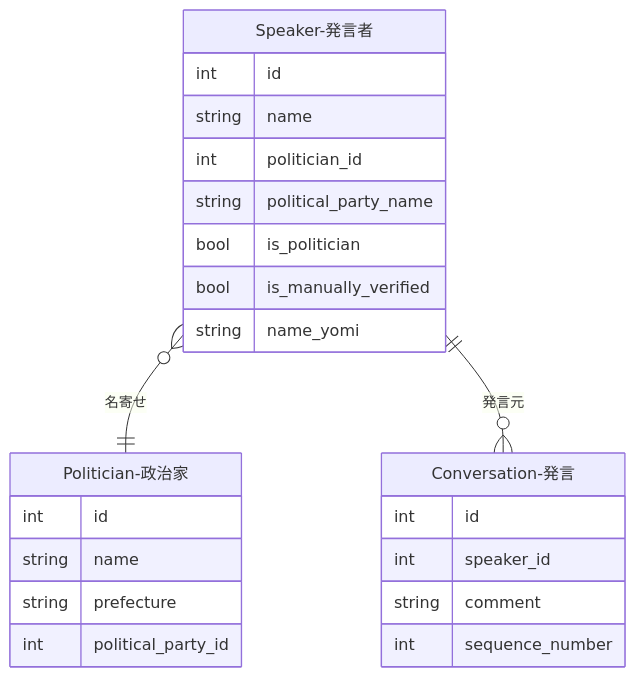
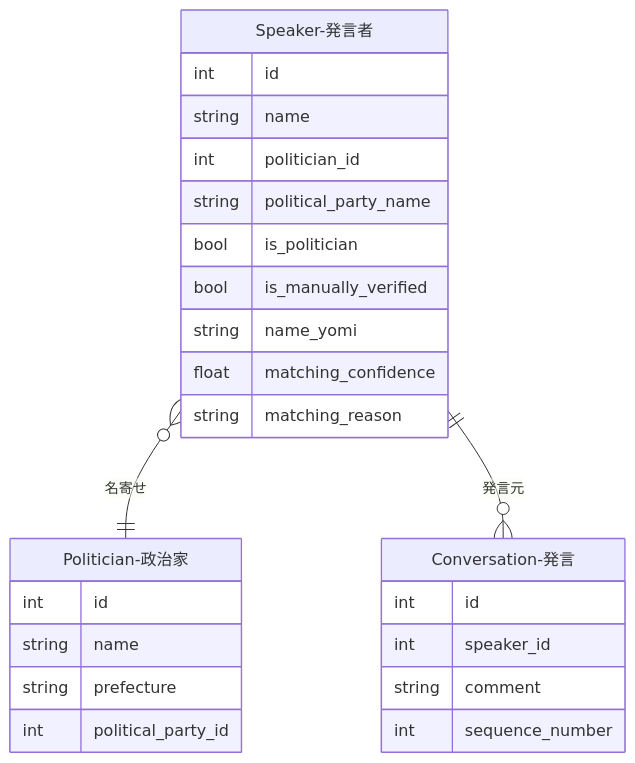
The first of 2 diagrams in docs/development/data-creation/relations/speaker-politician.md (sage-base/corporation-docs), drawn with Mermaid before and after one commit. The commit also changed other lines of this file and 2 other files, not shown here.

````diff
--- a/docs/development/data-creation/relations/speaker-politician.md
+++ b/docs/development/data-creation/relations/speaker-politician.md
@@ -7,29 +7,31 @@
 ```mermaid
 erDiagram
     Speaker-発言者 }o--|| Politician-政治家 : "名寄せ"
     Speaker-発言者 ||--o{ Conversation-発言 : "発言元"
 
     Speaker-発言者 {
         int id
         string name
         int politician_id
         string political_party_name
         bool is_politician
         bool is_manually_verified
         string name_yomi
+        float matching_confidence
+        string matching_reason
     }
 
     Politician-政治家 {
         int id
         string name
         string prefecture
         int political_party_id
     }
 
     Conversation-発言 {
         int id
         int speaker_id
         string comment
         int sequence_number
     }
 ```
````
